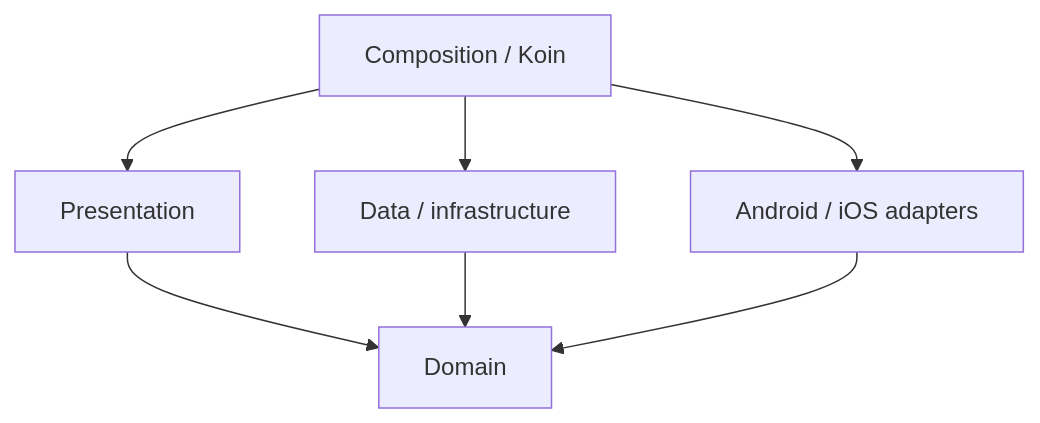
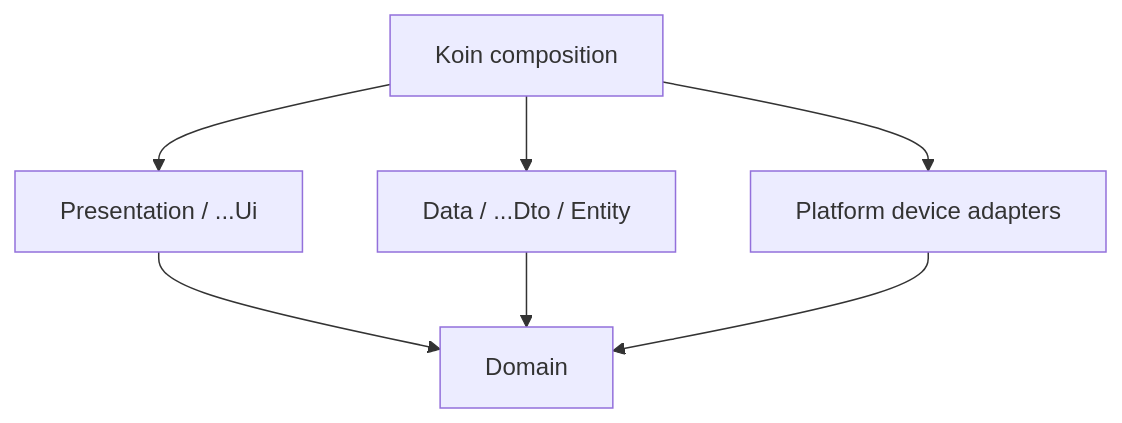
Before and after one commit to cbgm/Sparrow: the diagram in docs/architecture/clean-architecture.md, drawn with Mermaid. The commit also changed other lines of this file and 92 other files, not shown here.

````diff
--- a/docs/architecture/clean-architecture.md
+++ b/docs/architecture/clean-architecture.md
@@ -9,9 +26,9 @@
 ```mermaid
 flowchart TD
-    UI[Presentation] --> DOMAIN[Domain]
-    DATA[Data / infrastructure] --> DOMAIN
-    PLATFORM[Android / iOS adapters] --> DOMAIN
-    DI[Composition / Koin] --> UI
+    UI[Presentation / ...Ui] --> DOMAIN[Domain]
+    DATA[Data / ...Dto / Entity] --> DOMAIN
+    DEVICE[Platform device adapters] --> DOMAIN
+    DI[Koin composition] --> UI
     DI --> DATA
-    DI --> PLATFORM
+    DI --> DEVICE
 ```
````
